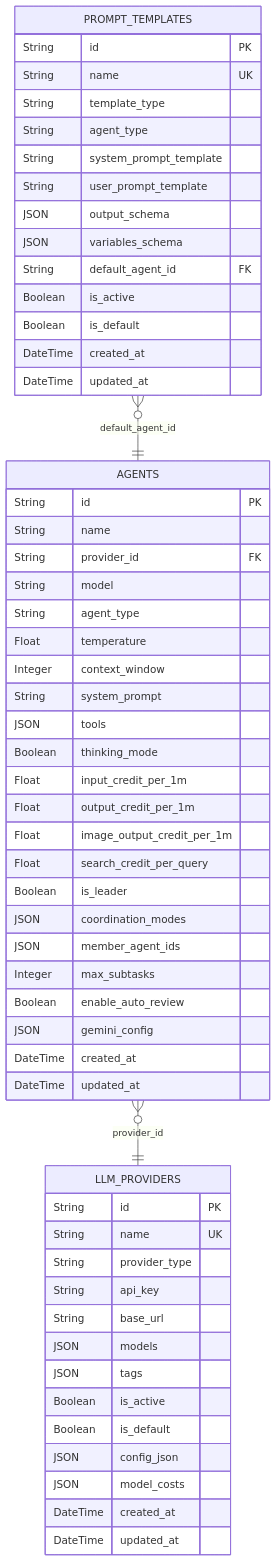
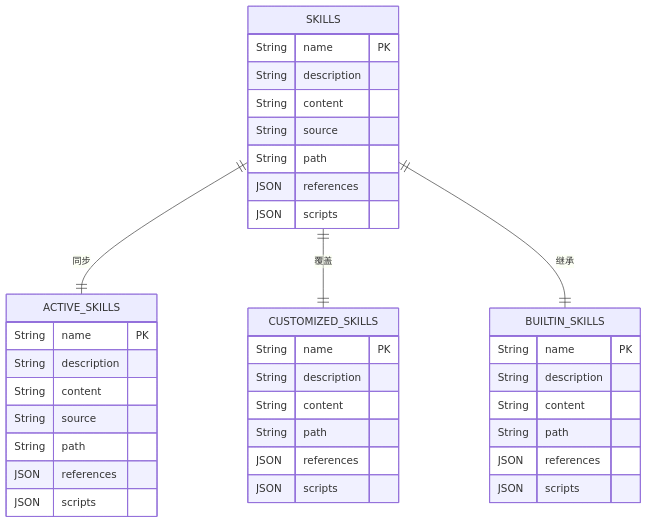
One commit to KunLabAI/KunFlix changed the third of 11 diagrams in .qoder/repowiki/zh/content/后台管理系统/提示词模板管理系统.md. Above: the diagram before and after it, drawn with Mermaid. The commit also changed other lines of this file and 18 other files, not shown here.

````diff
--- a/.qoder/repowiki/zh/content/后台管理系统/提示词模板管理系统.md
+++ b/.qoder/repowiki/zh/content/后台管理系统/提示词模板管理系统.md
@@ -151,59 +188,40 @@
 ```mermaid
 erDiagram
-PROMPT_TEMPLATES {
-String id PK
-String name UK
-String template_type
-String agent_type
-String system_prompt_template
-String user_prompt_template
-JSON output_schema
-JSON variables_schema
-String default_agent_id FK
-Boolean is_active
-Boolean is_default
-DateTime created_at
-DateTime updated_at
+SKILLS {
+String name PK
+String description
+String content
+String source
+String path
+JSON references
+JSON scripts
 }
-AGENTS {
-String id PK
-String name
-String provider_id FK
-String model
-String agent_type
-Float temperature
-Integer context_window
-String system_prompt
-JSON tools
-Boolean thinking_mode
-Float input_credit_per_1m
-Float output_credit_per_1m
-Float image_output_credit_per_1m
-Float search_credit_per_query
-Boolean is_leader
-JSON coordination_modes
-JSON member_agent_ids
-Integer max_subtasks
-Boolean enable_auto_review
-JSON gemini_config
-DateTime created_at
-DateTime updated_at
+ACTIVE_SKILLS {
+String name PK
+String description
+String content
+String source
+String path
+JSON references
+JSON scripts
 }
-LLM_PROVIDERS {
-String id PK
-String name UK
-String provider_type
-String api_key
-String base_url
-JSON models
-JSON tags
-Boolean is_active
-Boolean is_default
-JSON config_json
-JSON model_costs
-DateTime created_at
-DateTime updated_at
+CUSTOMIZED_SKILLS {
+String name PK
+String description
+String content
+String path
+JSON references
+JSON scripts
 }
-PROMPT_TEMPLATES }o--|| AGENTS : "default_agent_id"
-AGENTS }o--|| LLM_PROVIDERS : "provider_id"
+BUILTIN_SKILLS {
+String name PK
+String description
+String content
+String path
+JSON references
+JSON scripts
+}
+SKILLS ||--|| ACTIVE_SKILLS : "同步"
+SKILLS ||--|| CUSTOMIZED_SKILLS : "覆盖"
+SKILLS ||--|| BUILTIN_SKILLS : "继承"
 ```
````
